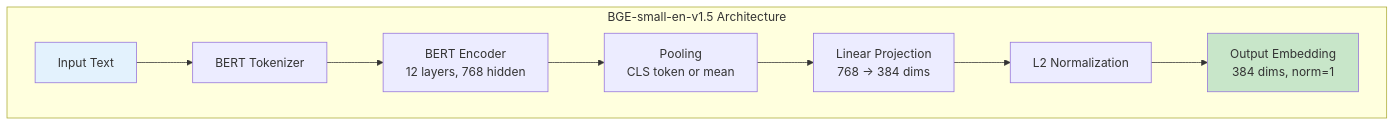
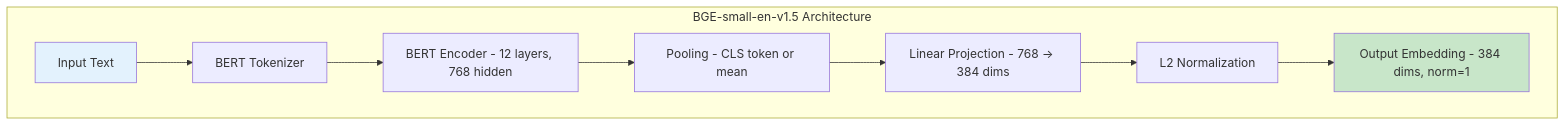
One commit to indhra/llm_rag_sec_findings changed the ninth of 9 diagrams in docs/learning/02-embeddings-vectors.md. Above: the diagram before and after it, drawn with Mermaid. The commit also changed other lines of this file and 9 other files, not shown here.

````diff
--- a/docs/learning/02-embeddings-vectors.md
+++ b/docs/learning/02-embeddings-vectors.md
@@ -442,14 +442,14 @@
 ```mermaid
 graph TB
     subgraph "BGE-small-en-v1.5 Architecture"
         I[Input Text] --> T[BERT Tokenizer]
-        T --> E[BERT Encoder<br/>12 layers, 768 hidden]
-        E --> P[Pooling<br/>CLS token or mean]
-        P --> L[Linear Projection<br/>768 → 384 dims]
+        T --> E[BERT Encoder - 12 layers, 768 hidden]
+        E --> P[Pooling - CLS token or mean]
+        P --> L[Linear Projection - 768 → 384 dims]
         L --> N[L2 Normalization]
-        N --> O[Output Embedding<br/>384 dims, norm=1]
+        N --> O[Output Embedding - 384 dims, norm=1]
     end
     
     style I fill:#e3f2fd
     style O fill:#c8e6c9
 ```
````
